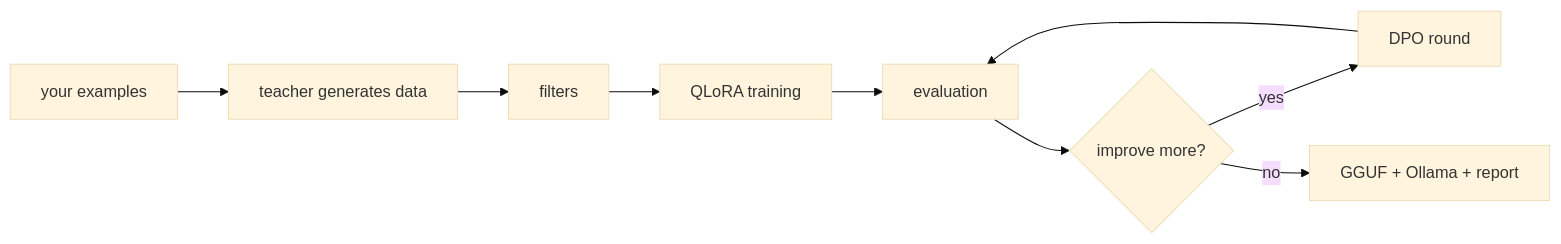
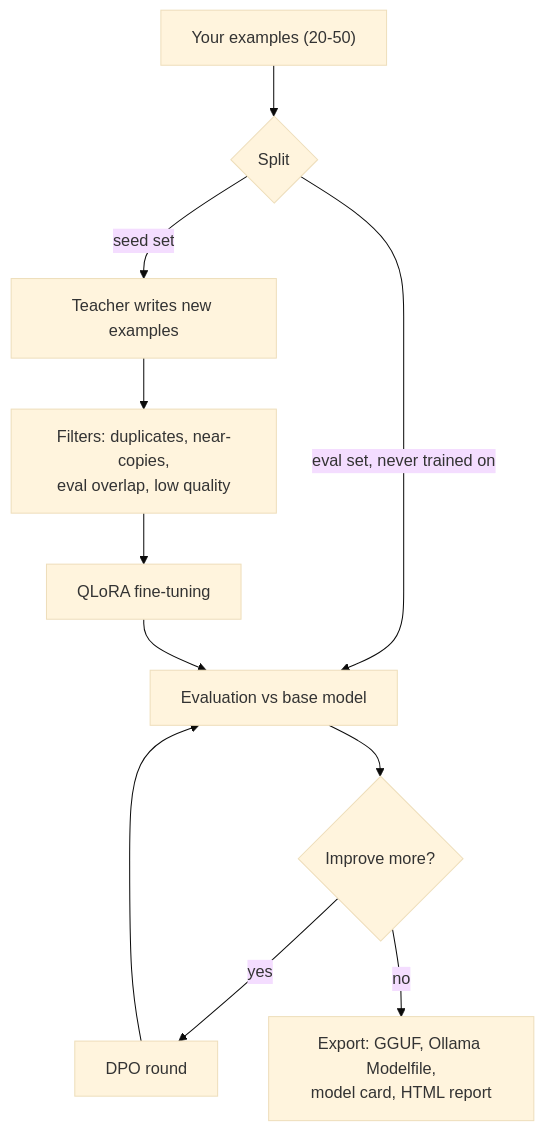
One commit to Patan-Sameer66/touster_e2e_fine-tuning_pipeline changed the diagram in README.md. Above: the diagram before and after it, drawn with Mermaid (base theme). The commit also changed other lines of this file, not shown here.

Commit message:
docs: clearer README flowchart and licence section

````diff
--- a/README.md
+++ b/README.md
@@ -18,7 +19,13 @@
 ```mermaid
-flowchart LR
-    A[your examples] --> B[teacher generates data] --> C[filters] --> D[QLoRA training]
-    D --> E[evaluation] --> F{improve more?}
-    F -->|yes| G[DPO round] --> E
-    F -->|no| H[GGUF + Ollama + report]
+flowchart TD
+    A["Your examples (20-50)"] --> S{"Split"}
+    S -->|"seed set"| B["Teacher writes new examples"]
+    S -->|"eval set, never trained on"| E
+    B --> C["Filters: duplicates, near-copies,<br/>eval overlap, low quality"]
+    C --> D["QLoRA fine-tuning"]
+    D --> E["Evaluation vs base model"]
+    E --> F{"Improve more?"}
+    F -->|"yes"| G["DPO round"]
+    G --> E
+    F -->|"no"| H["Export: GGUF, Ollama Modelfile,<br/>model card, HTML report"]
 ```
````
